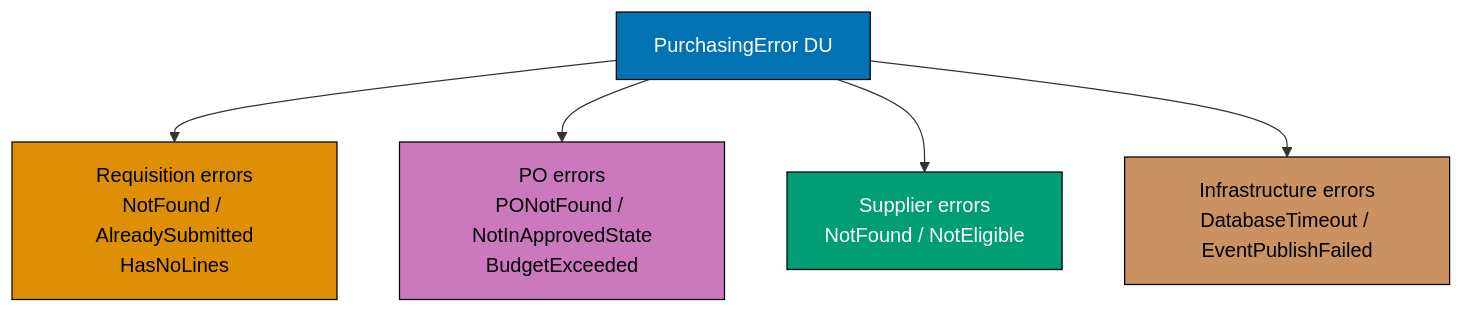
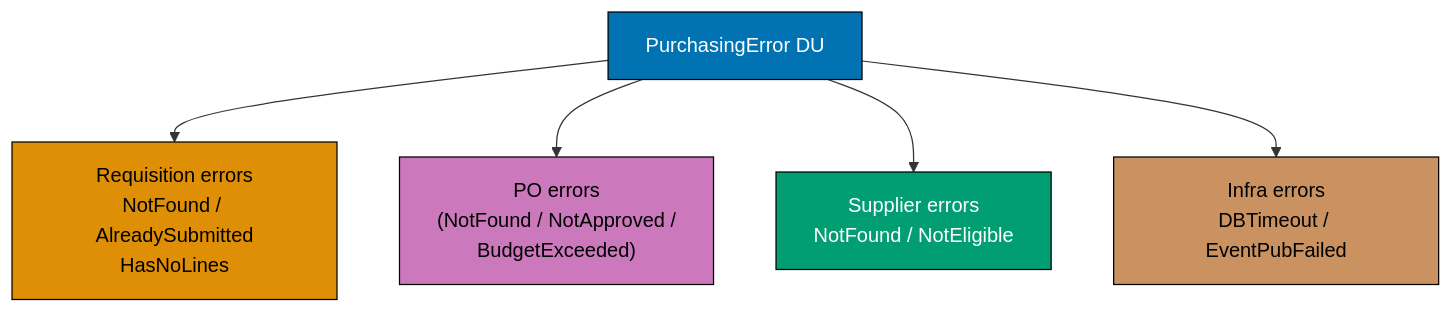
Before and after one commit to wahidyankf/open-sharia-enterprise: the sixth of 14 diagrams in apps/ayokoding-web/content/en/learn/software-engineering/software-architecture/domain-driven-design-ddd/in-fp-by-example/intermediate.md, drawn with Mermaid. The commit also changed other lines of this file and 11 other files, not shown here.

First line of the commit message:
fix(ayokoding-web): repair 28 mermaid violations in expansion files

````diff
--- a/apps/ayokoding-web/content/en/learn/software-engineering/software-architecture/domain-driven-design-ddd/in-fp-by-example/intermediate.md
+++ b/apps/ayokoding-web/content/en/learn/software-engineering/software-architecture/domain-driven-design-ddd/in-fp-by-example/intermediate.md
@@ -2167,19 +2191,19 @@
 ```mermaid
 graph TD
     E["PurchasingError DU"]
     R["Requisition errors\nNotFound / AlreadySubmitted\nHasNoLines"]
-    P["PO errors\nPONotFound / NotInApprovedState\nBudgetExceeded"]
+    P["PO errors\n(NotFound / NotApproved /\nBudgetExceeded)"]
     S["Supplier errors\nNotFound / NotEligible"]
-    I["Infrastructure errors\nDatabaseTimeout / EventPublishFailed"]
+    I["Infra errors\nDBTimeout / EventPubFailed"]
 
     E --> R
     E --> P
     E --> S
     E --> I
 
     style E fill:#0173B2,stroke:#000,color:#fff
     style R fill:#DE8F05,stroke:#000,color:#000
     style P fill:#CC78BC,stroke:#000,color:#000
     style S fill:#029E73,stroke:#000,color:#fff
     style I fill:#CA9161,stroke:#000,color:#000
 ```
````
